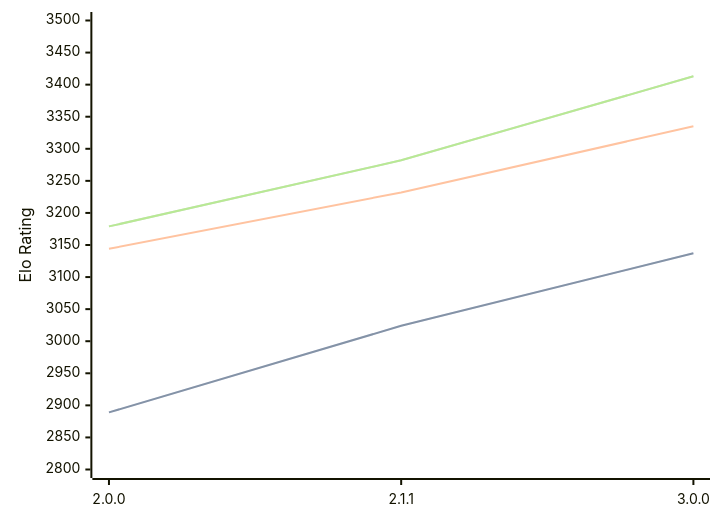
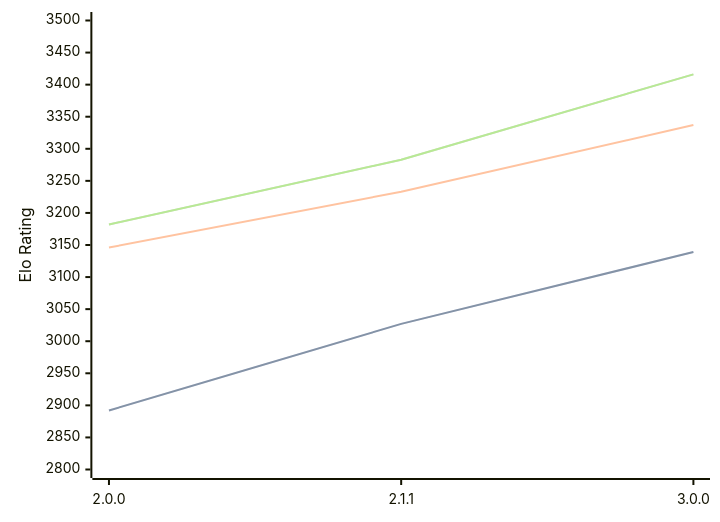
The diagram in engines/Bread.md (computer-chess-index/cci), drawn with Mermaid before and after one commit. The commit also changed other lines of this file, not shown here.

Commit message:
Update CCI Ratings (ELO VLTC) - 2026-04-11

````diff
--- a/engines/Bread.md
+++ b/engines/Bread.md
@@ -51,11 +51,11 @@
 ```mermaid
 %%{init: {"theme":"base","themeVariables":{"seriesColors:['#a3a3a3','#222221','#faa371']}}}%%
 xychart-beta
   x-axis ["2.0.0", "2.1.1", "3.0.0"]
   y-axis "Elo Rating" 2800 --> 3500
-  line "STC (8.0+0.08s)" [2889, 3024, 3137]
-  line "STC (8.0+0.08s)" [2889, 3024, 3137]
-  line "LTC (60.0+0.60s)" [3144, 3232, 3335]
-  line "VLTC (2m24s+1.12s)" [3179, 3282, 3413]
-  line "VLTC (2m24s+1.12s)" [3179, 3282, 3413]
+  line "STC (8.0+0.08s)" [2892, 3027, 3139]
+  line "STC (8.0+0.08s)" [2892, 3027, 3139]
+  line "LTC (60.0+0.60s)" [3146, 3233, 3337]
+  line "VLTC (2m24s+1.12s)" [3182, 3283, 3416]
+  line "VLTC (2m24s+1.12s)" [3182, 3283, 3416]
 ```
````
